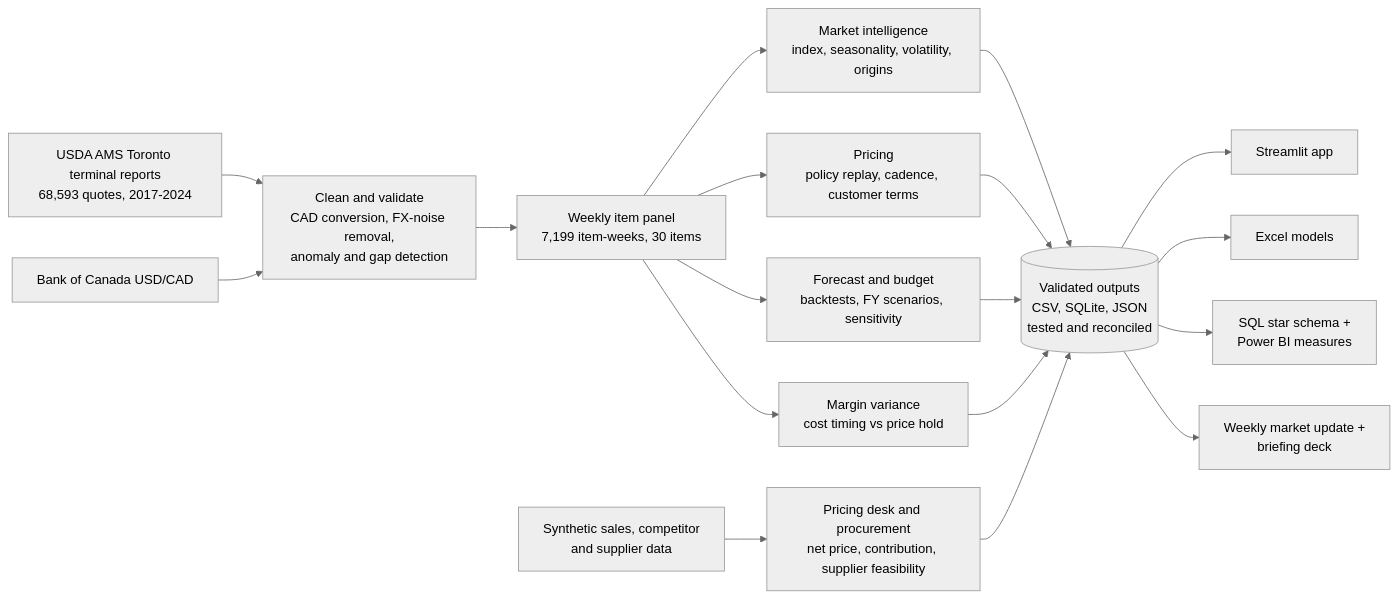
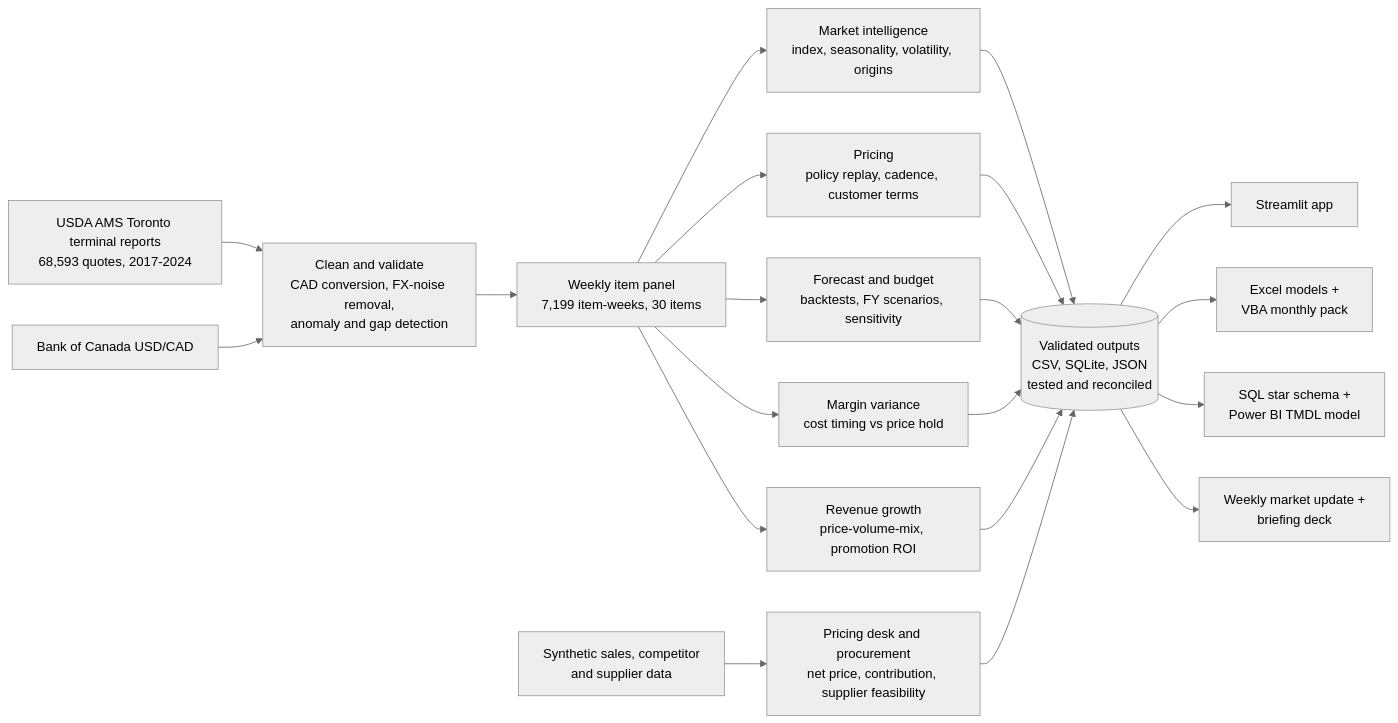
Before and after one commit to KushPatel29/toronto-produce-market-pulse: the diagram in README.md, drawn with Mermaid (neutral theme). The commit also changed other lines of this file and 51 other files, not shown here.

First line of the commit message:
Add price-volume-mix and promotion ROI, Power BI TMDL model, VBA monthly pack

````diff
--- a/README.md
+++ b/README.md
@@ -40,16 +43,17 @@
 ```mermaid
 flowchart LR
     A[USDA AMS Toronto terminal reports<br/>68,593 quotes, 2017-2024] --> C[Clean and validate<br/>CAD conversion, FX-noise removal,<br/>anomaly and gap detection]
     B[Bank of Canada USD/CAD] --> C
     C --> D[Weekly item panel<br/>7,199 item-weeks, 30 items]
     D --> E[Market intelligence<br/>index, seasonality, volatility, origins]
     D --> F[Pricing<br/>policy replay, cadence, customer terms]
     D --> G[Forecast and budget<br/>backtests, FY scenarios, sensitivity]
     D --> H[Margin variance<br/>cost timing vs price hold]
+    D --> R[Revenue growth<br/>price-volume-mix, promotion ROI]
     S[Synthetic sales, competitor<br/>and supplier data] --> I[Pricing desk and procurement<br/>net price, contribution, supplier feasibility]
-    E & F & G & H & I --> O[(Validated outputs<br/>CSV, SQLite, JSON<br/>tested and reconciled)]
+    E & F & G & H & I & R --> O[(Validated outputs<br/>CSV, SQLite, JSON<br/>tested and reconciled)]
     O --> J[Streamlit app]
-    O --> K[Excel models]
-    O --> L[SQL star schema +<br/>Power BI measures]
+    O --> K[Excel models +<br/>VBA monthly pack]
+    O --> L[SQL star schema +<br/>Power BI TMDL model]
     O --> M[Weekly market update +<br/>briefing deck]
 ```
````
